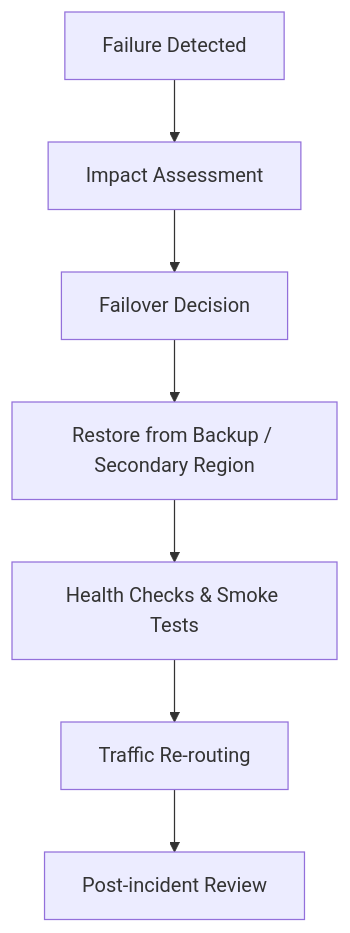
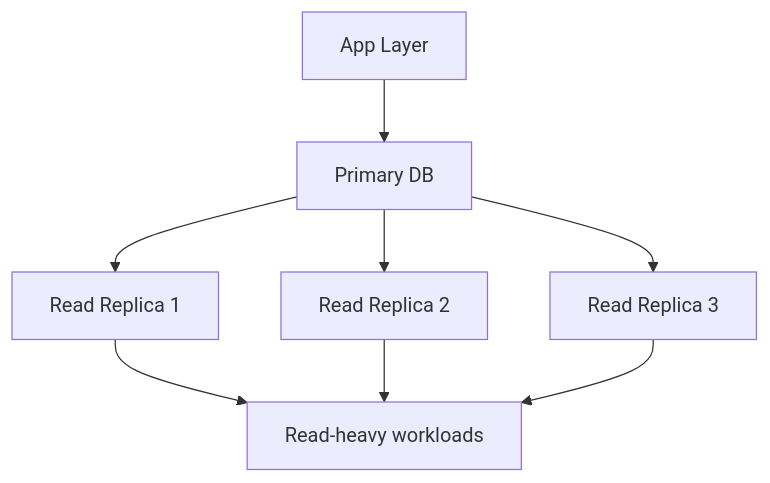
One commit to quesiblaq442-del/architecture-diagram changed the ninth of 25 diagrams in ARCHITECTURE.md. Above: the diagram before and after it, drawn with Mermaid. The commit also changed other lines of this file, not shown here.

````diff
--- a/ARCHITECTURE.md
+++ b/ARCHITECTURE.md
@@ -279,9 +235,10 @@
 ```mermaid
 graph TB
-    Detect["Failure Detected"] --> Assess["Impact Assessment"]
-    Assess --> Decide["Failover Decision"]
-    Decide --> Restore["Restore from Backup / Secondary Region"]
-    Restore --> Validate["Health Checks & Smoke Tests"]
-    Validate --> Resume["Traffic Re-routing"]
-    Resume --> Post["Post-incident Review"]
+    App["App Layer"] --> Primary["Primary DB"]
+    Primary --> Replica1["Read Replica 1"]
+    Primary --> Replica2["Read Replica 2"]
+    Primary --> Replica3["Read Replica 3"]
+    Replica1 --> Read["Read-heavy workloads"]
+    Replica2 --> Read
+    Replica3 --> Read
 ```
````
